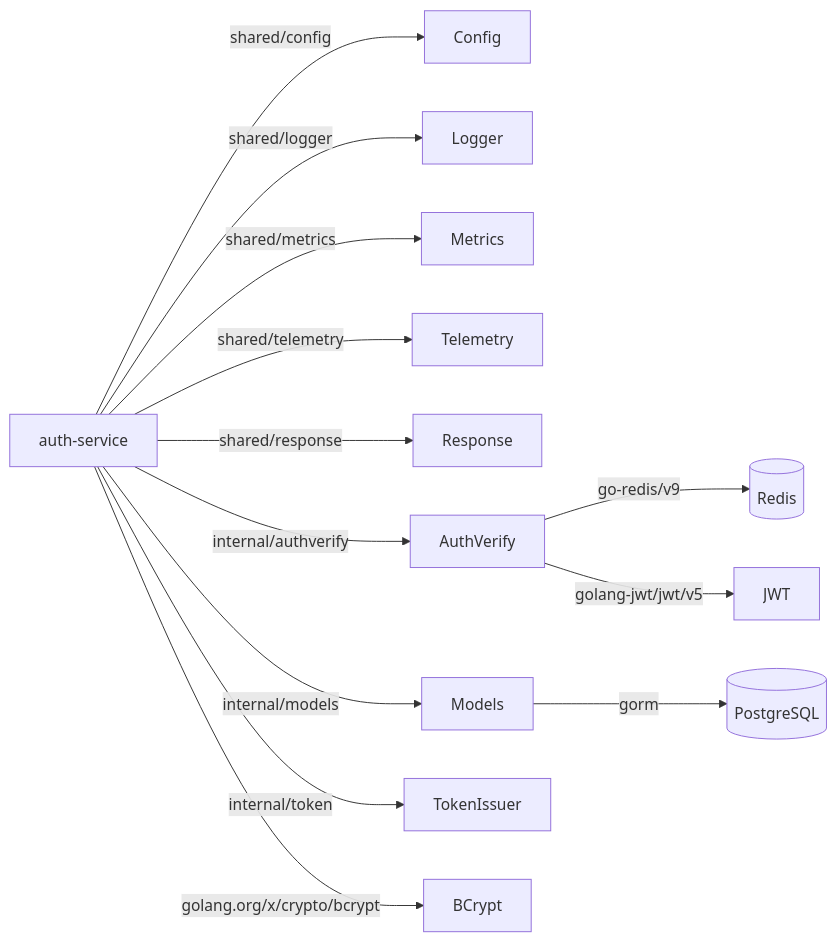
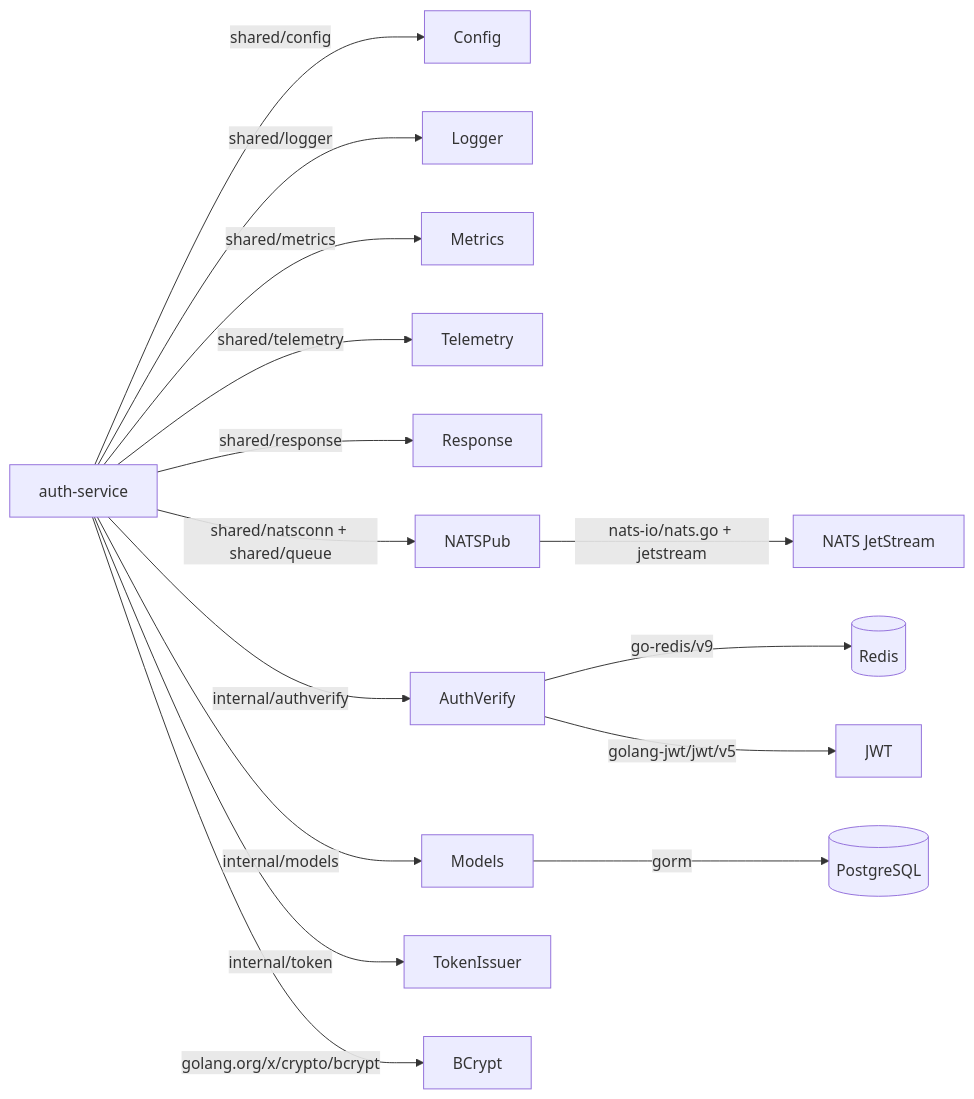
The fourth of 4 diagrams in docs/developer/mermaid/service-auth-service-architecture.md (Prachidubey2003/fyredocs_backend), drawn with Mermaid before and after one commit. The commit also changed other lines of this file and 39 other files, not shown here.

Commit message:
Refactor PDF services to use NATS JetStream for job dispatch and event publishing; enhance documentation for OPTIMIZE_PDF and ORGANIZE_PDF services; remove deprecated UPLOAD_SERVICE documentation; update OpenAPI spec for improved clarity and accuracy.

````diff
--- a/docs/developer/mermaid/service-auth-service-architecture.md
+++ b/docs/developer/mermaid/service-auth-service-architecture.md
@@ -108,17 +156,19 @@
 ```mermaid
 graph LR
     AS[auth-service] --> |shared/config| Config
     AS --> |shared/logger| Logger
     AS --> |shared/metrics| Metrics
     AS --> |shared/telemetry| Telemetry
     AS --> |shared/response| Response
+    AS --> |shared/natsconn + shared/queue| NATSPub
 
     AS --> |internal/authverify| AuthVerify
     AS --> |internal/models| Models
     AS --> |internal/token| TokenIssuer
 
     Models --> |gorm| PG[(PostgreSQL)]
     AuthVerify --> |go-redis/v9| Redis[(Redis)]
     AuthVerify --> |golang-jwt/jwt/v5| JWT
     AS --> |golang.org/x/crypto/bcrypt| BCrypt
+    NATSPub --> |nats-io/nats.go + jetstream| NATS["NATS JetStream"]
 ```
````
